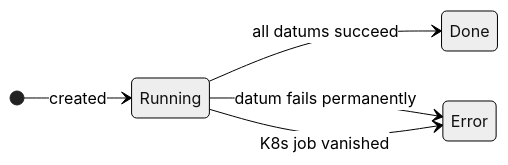
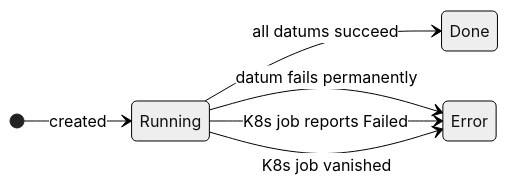
One commit to dbcrossbar/falconeri changed the second of 4 diagrams in guide/src/job-lifecycle.md. Above: the diagram before and after it, drawn with Mermaid (neutral theme). The commit also changed other lines of this file and 12 other files, not shown here.

````diff
--- a/guide/src/job-lifecycle.md
+++ b/guide/src/job-lifecycle.md
@@ -171,8 +178,9 @@
 ```mermaid
 stateDiagram-v2
     direction LR
     [*] --> Running: created
     Running --> Done: all datums succeed
     Running --> Error: datum fails permanently
+    Running --> Error: K8s job reports Failed
     Running --> Error: K8s job vanished
 ```
````
